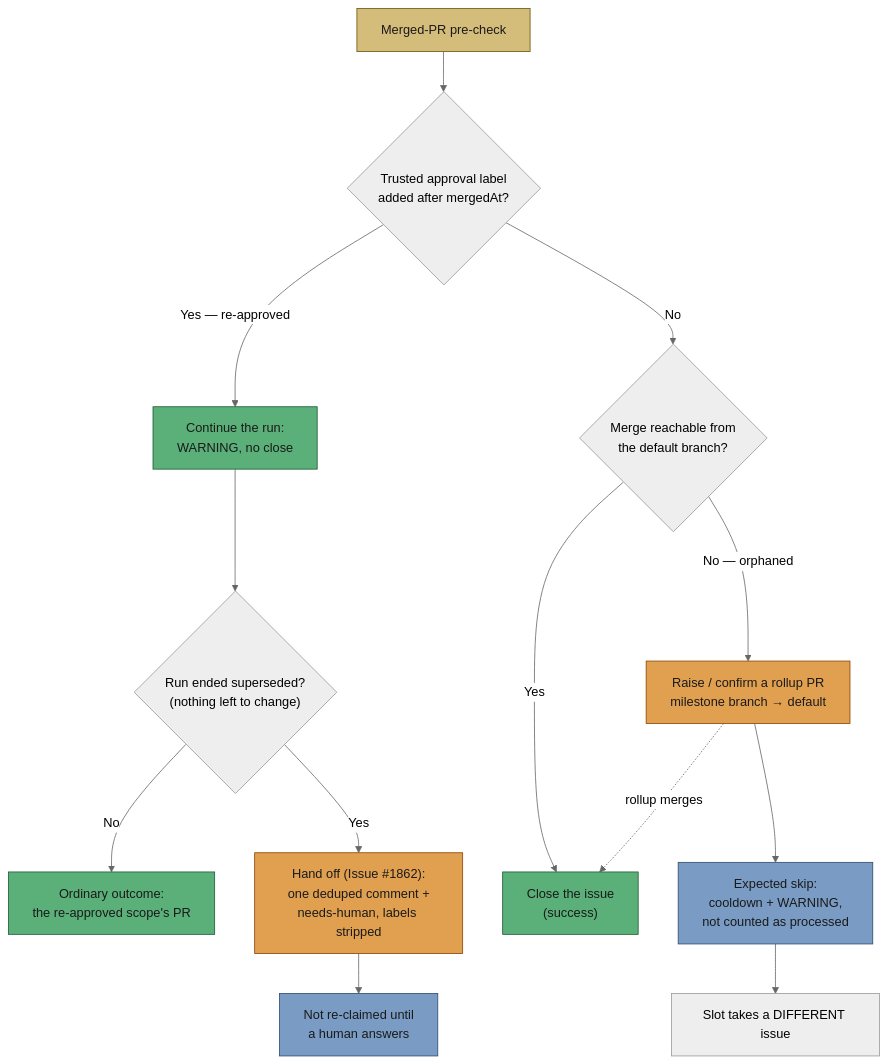
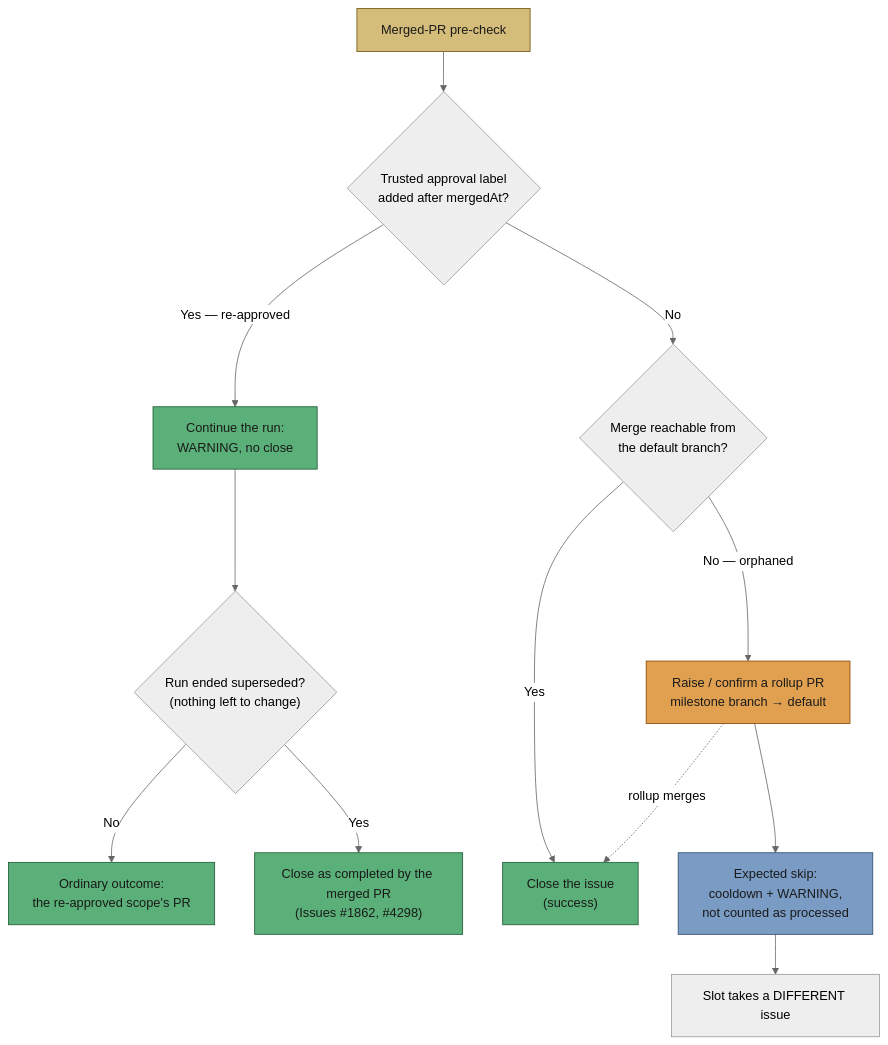
One commit to stSoftwareAU/VibeCoder changed diagram 24 of 25 in docs/workflows/issue-processing.md. Above: the diagram before and after it, drawn with Mermaid (neutral theme). The commit also changed other lines of this file and 50 other files, not shown here.

First line of the commit message:
Resolve unworkable work-on issues instead of handing them back (Issue #4298)

````diff
--- a/docs/workflows/issue-processing.md
+++ b/docs/workflows/issue-processing.md
@@ -3172,23 +3161,21 @@
 ```mermaid
 flowchart TD
   Pre["Merged-PR pre-check"] --> Reapp{"Trusted approval label<br/>added after mergedAt?"}
   Reapp -->|"Yes — re-approved"| Work["Continue the run:<br/>WARNING, no close"]
   Work --> Sup{"Run ended superseded?<br/>(nothing left to change)"}
   Sup -->|No| Pr["Ordinary outcome:<br/>the re-approved scope's PR"]
-  Sup -->|Yes| Hand["Hand off (Issue #1862):<br/>one deduped comment +<br/>needs-human, labels stripped"]
-  Hand --> Wait["Not re-claimed until<br/>a human answers"]
+  Sup -->|Yes| Hand["Close as completed by the merged PR<br/>(Issues #1862, #4298)"]
   Reapp -->|No| Landed{"Merge reachable from<br/>the default branch?"}
   Landed -->|Yes| Close["Close the issue<br/>(success)"]
   Landed -->|"No — orphaned"| Heal["Raise / confirm a rollup PR<br/>milestone branch → default"]
   Heal --> Bounce["Expected skip:<br/>cooldown + WARNING,<br/>not counted as processed"]
   Bounce --> Next["Slot takes a DIFFERENT issue"]
   Heal -.->|"rollup merges"| Close
   style Pre fill:#d4bc7a,stroke:#6b5510,color:#1a1a1a
   style Close fill:#5ab078,stroke:#1d5a35,color:#1a1a1a
   style Heal fill:#e0a050,stroke:#8b4500,color:#1a1a1a
   style Bounce fill:#7a9cc4,stroke:#2c4a6b,color:#1a1a1a
   style Work fill:#5ab078,stroke:#1d5a35,color:#1a1a1a
   style Pr fill:#5ab078,stroke:#1d5a35,color:#1a1a1a
-  style Hand fill:#e0a050,stroke:#8b4500,color:#1a1a1a
-  style Wait fill:#7a9cc4,stroke:#2c4a6b,color:#1a1a1a
+  style Hand fill:#5ab078,stroke:#1d5a35,color:#1a1a1a
 ```
````
